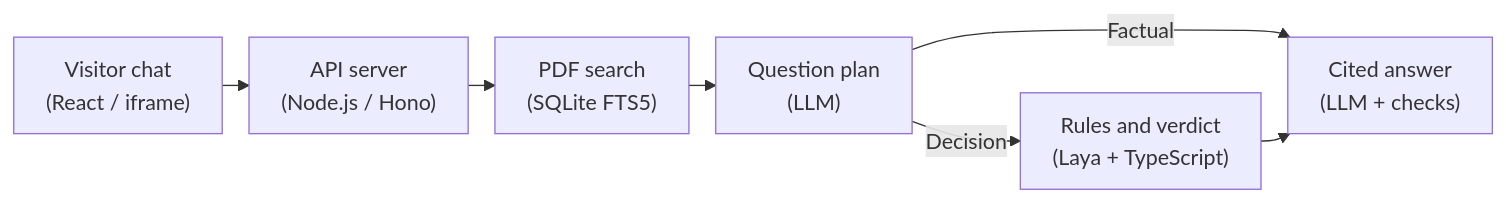
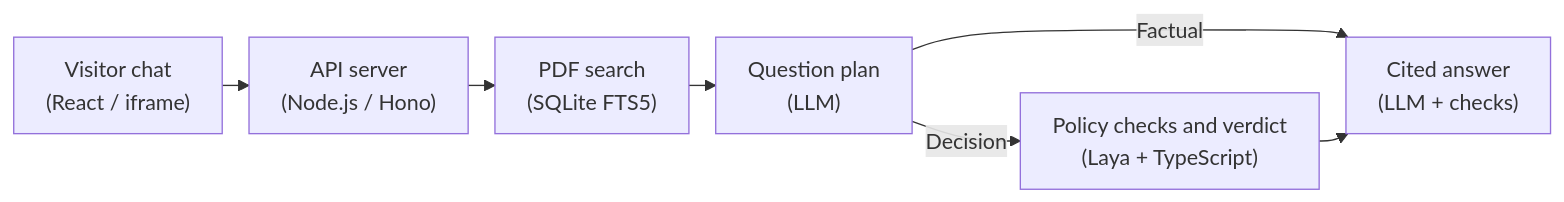
Before and after one commit to shadmankhan/ask-cogniva: the second of 2 diagrams in README.md, drawn with Mermaid. The commit also changed other lines of this file and 39 other files, not shown here.

````diff
--- a/README.md
+++ b/README.md
@@ -19,15 +19,15 @@
 ```mermaid
 ---
 config:
   flowchart:
     rankSpacing: 20
     padding: 12
 ---
 flowchart LR
   Chat["Visitor chat<br/>(React / iframe)"] --> Server["API server<br/>(Node.js / Hono)"]
   Server --> Search["PDF search<br/>(SQLite FTS5)"]
   Search --> Plan["Question plan<br/>(LLM)"]
   Plan -->|Factual| Answer["Cited answer<br/>(LLM + checks)"]
-  Plan -->|Decision| Checks["Rules and verdict<br/>(Laya + TypeScript)"]
+  Plan -->|Decision| Checks["Policy checks and verdict<br/>(Laya + TypeScript)"]
   Checks --> Answer
 ```
````
